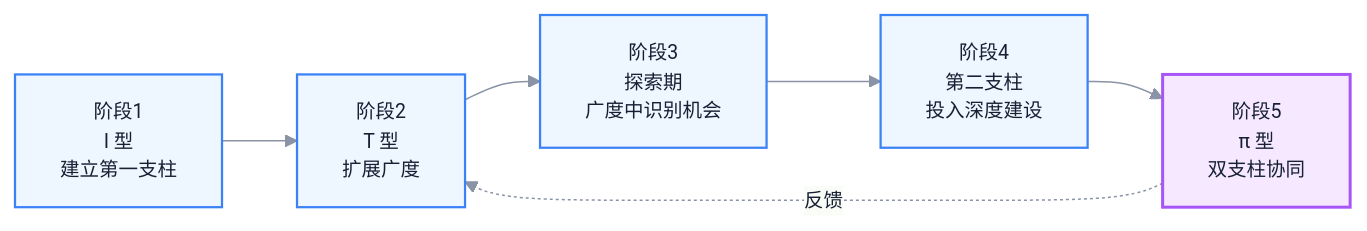
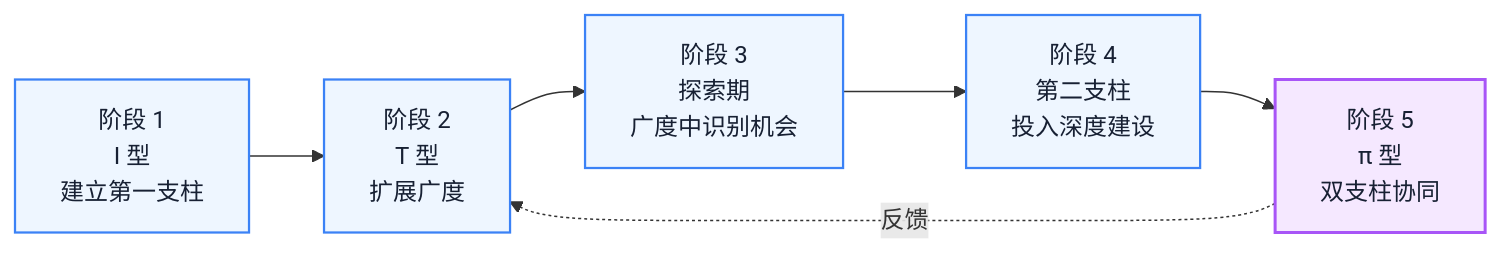
The third of 3 diagrams in docs/career/capability-model.md (Fatejian/frontier-vault), drawn with Mermaid before and after one commit. The commit also changed other lines of this file and 41 other files, not shown here.

````diff
--- a/docs/career/capability-model.md
+++ b/docs/career/capability-model.md
@@ -417,19 +377,17 @@
 ```mermaid
-%%{init: {'theme': 'base', 'themeVariables': { 'fontFamily': 'Inter, PingFang SC, Microsoft YaHei, sans-serif', 'primaryColor': '#F7F9FC', 'primaryTextColor': '#172033', 'primaryBorderColor': '#6EA8FE', 'lineColor': '#8A94A6', 'fontSize': '13px'}}}%%
 flowchart LR
-    P1["阶段1<br/>I 型<br/>建立第一支柱"]
-    P2["阶段2<br/>T 型<br/>扩展广度"]
-    P3["阶段3<br/>探索期<br/>广度中识别机会"]
-    P4["阶段4<br/>第二支柱<br/>投入深度建设"]
-    P5["阶段5<br/>π 型<br/>双支柱协同"]
+    P1["阶段 1<br/>I 型<br/>建立第一支柱"]
+    P2["阶段 2<br/>T 型<br/>扩展广度"]
+    P3["阶段 3<br/>探索期<br/>广度中识别机会"]
+    P4["阶段 4<br/>第二支柱<br/>投入深度建设"]
+    P5["阶段 5<br/>π 型<br/>双支柱协同"]
 
     P1 --> P2 --> P3 --> P4 --> P5
-
     P5 -. 反馈 .-> P2
 
-    classDef stage fill:#EEF6FF,stroke:#3B82F6,color:#172033,stroke-width:1.5px;
-    classDef pi fill:#F5E8FF,stroke:#A855F7,color:#172033,stroke-width:2px;
+    classDef wait fill:#EEF6FF,stroke:#3B82F6,color:#172033,stroke-width:1.5px;
+    classDef metric fill:#F5E8FF,stroke:#A855F7,color:#172033,stroke-width:2px;
 
-    class P1,P2,P3,P4 stage;
-    class P5 pi;
+    class P1,P2,P3,P4 wait;
+    class P5 metric;
 ```
````
